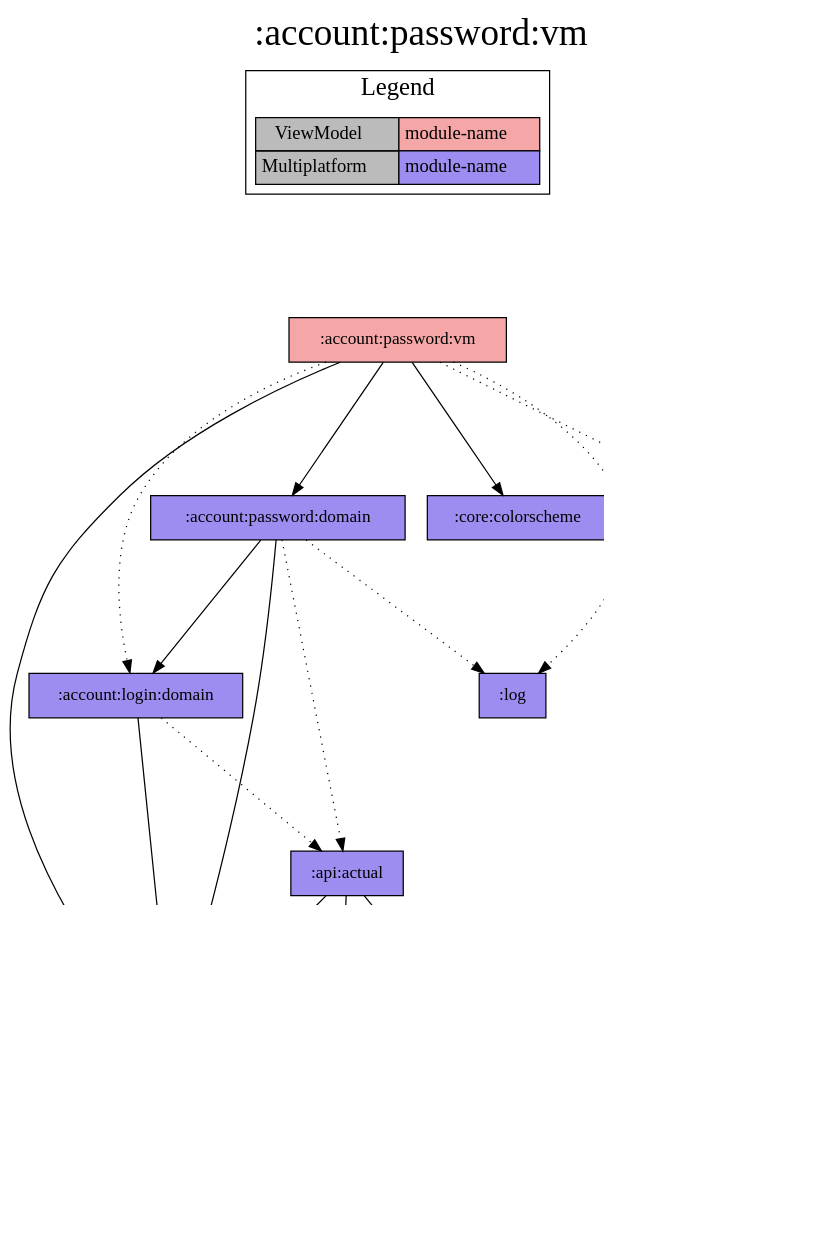
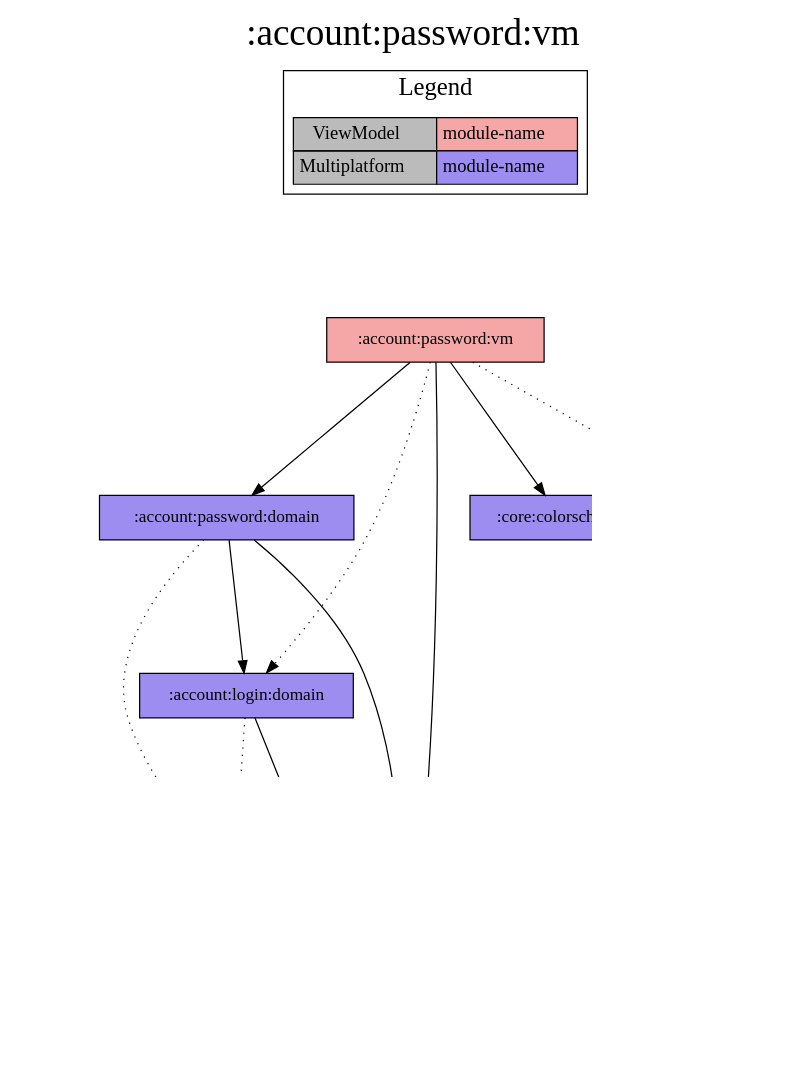
The diagram in modules/account/password/vm/project-dependency-graph.dot (jonapoul/aktual), drawn with Graphviz before and after one commit. The commit also changed 113 other files, not shown here.

```diff
--- a/modules/account/password/vm/project-dependency-graph.dot
+++ b/modules/account/password/vm/project-dependency-graph.dot
@@ -1,48 +1,41 @@
 digraph {
 edge ["dir"="forward"]
 graph ["dpi"="100","label"=":account:password:vm","labelloc"="t","fontsize"="30","ranksep"="1.5","rankdir"="TB"]
 node ["style"="filled"]
 ":account:login:domain" ["fillcolor"="#9D8DF1","shape"="box"]
 ":account:model" ["fillcolor"="#9D8DF1","shape"="box"]
 ":account:password:domain" ["fillcolor"="#9D8DF1","shape"="box"]
 ":account:password:vm" ["fillcolor"="#F5A6A6","shape"="box"]
 ":api:actual" ["fillcolor"="#9D8DF1","shape"="box"]
 ":budget:model" ["fillcolor"="#9D8DF1","shape"="box"]
-":core:buildconfig" ["fillcolor"="#9D8DF1","shape"="box"]
 ":core:colorscheme" ["fillcolor"="#9D8DF1","shape"="box"]
-":core:model" ["fillcolor"="#9D8DF1","shape"="box"]
 ":core:versions" ["fillcolor"="#9D8DF1","shape"="box"]
-":log" ["fillcolor"="#9D8DF1","shape"="box"]
 ":url:model" ["fillcolor"="#9D8DF1","shape"="box"]
 {
 edge ["dir"="none"]
 graph ["rank"="same"]
 }
 ":account:login:domain" -> ":account:model"
 ":account:login:domain" -> ":api:actual" ["style"="dotted"]
 ":account:password:domain" -> ":account:login:domain"
 ":account:password:domain" -> ":account:model"
 ":account:password:domain" -> ":api:actual" ["style"="dotted"]
-":account:password:domain" -> ":log" ["style"="dotted"]
 ":account:password:vm" -> ":account:login:domain" ["style"="dotted"]
 ":account:password:vm" -> ":account:model"
 ":account:password:vm" -> ":account:password:domain"
 ":account:password:vm" -> ":core:colorscheme"
 ":account:password:vm" -> ":core:versions" ["style"="dotted"]
-":account:password:vm" -> ":log" ["style"="dotted"]
 ":api:actual" -> ":account:model"
 ":api:actual" -> ":budget:model"
 ":api:actual" -> ":url:model"
-":core:versions" -> ":core:buildconfig"
-":url:model" -> ":core:model" ["style"="dotted"]
 subgraph "cluster_legend" {
 edge ["dir"="none"]
 graph ["label"="Legend","fontsize"="20"]
 "Legend" ["style"="filled","fillcolor"="#bbbbbb","shape"="none","margin"="0","fontsize"="15","label"=<
 <TABLE BORDER="0" CELLBORDER="1" CELLSPACING="0" CELLPADDING="4">
 <TR><TD>ViewModel</TD><TD BGCOLOR="#F5A6A6">module-name</TD></TR>
 <TR><TD>Multiplatform</TD><TD BGCOLOR="#9D8DF1">module-name</TD></TR>
 </TABLE>
 >]
 } -> ":account:password:vm" ["style"="invis"]
 }
```
